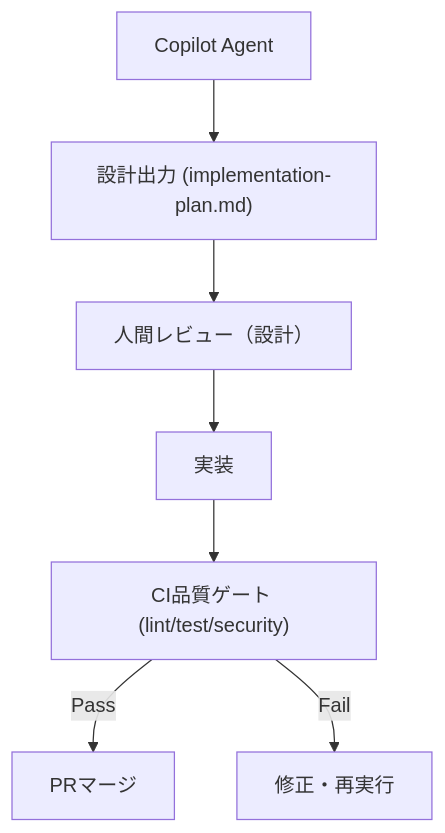
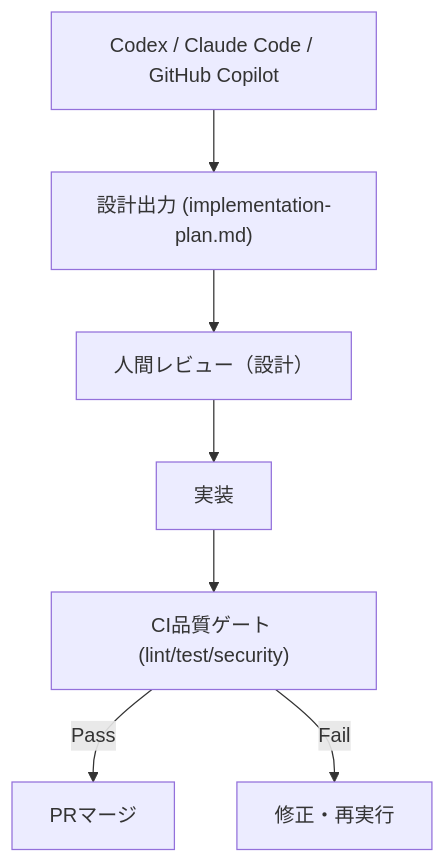
Before and after one commit to LevelCapCoJapanTools/vscode_esa_explorer: the diagram in .github/copilot/20-architecture.md, drawn with Mermaid. The commit also changed other lines of this file and 32 other files, not shown here.

````diff
--- a/.github/copilot/20-architecture.md
+++ b/.github/copilot/20-architecture.md
@@ -11,9 +11,9 @@
 ```mermaid
 flowchart TD
-  A["Copilot Agent"] --> B["設計出力 (implementation-plan.md)"]
+  A["Codex / Claude Code / GitHub Copilot"] --> B["設計出力 (implementation-plan.md)"]
   B --> C["人間レビュー（設計）"]
   C --> D["実装"]
   D --> E["CI品質ゲート (lint/test/security)"]
   E -->|Pass| F["PRマージ"]
   E -->|Fail| G["修正・再実行"]
 ```
````
